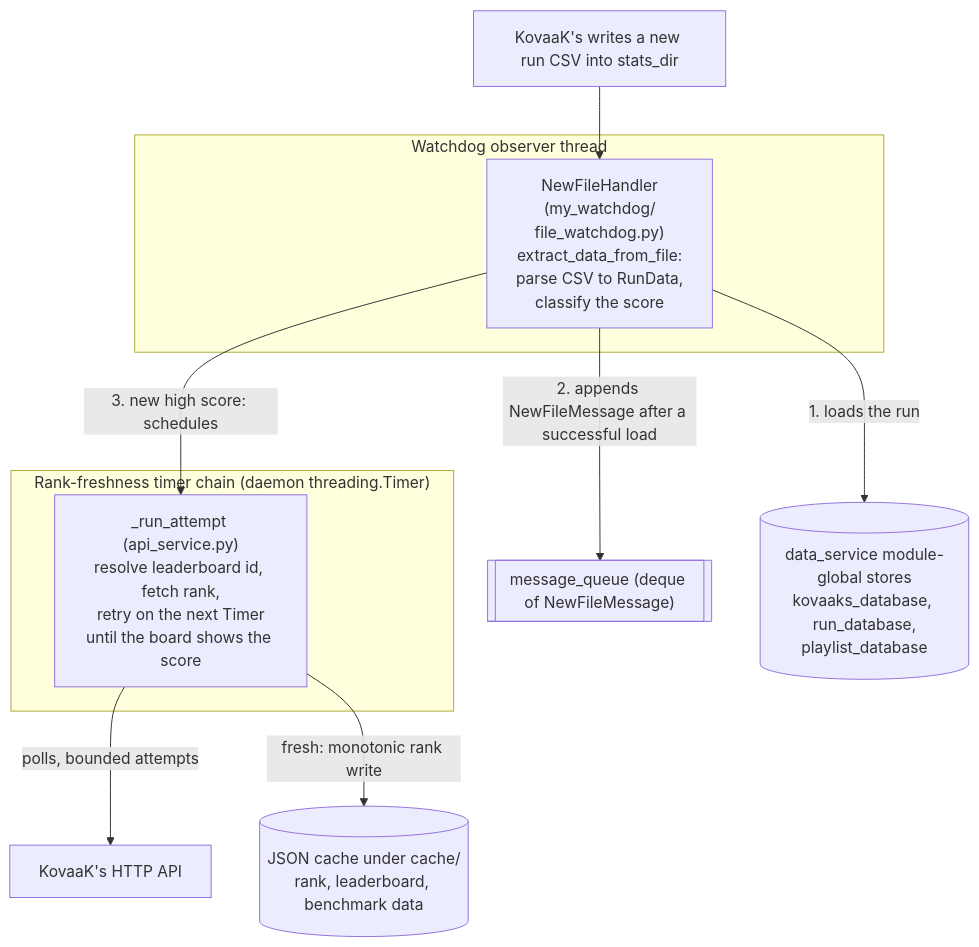
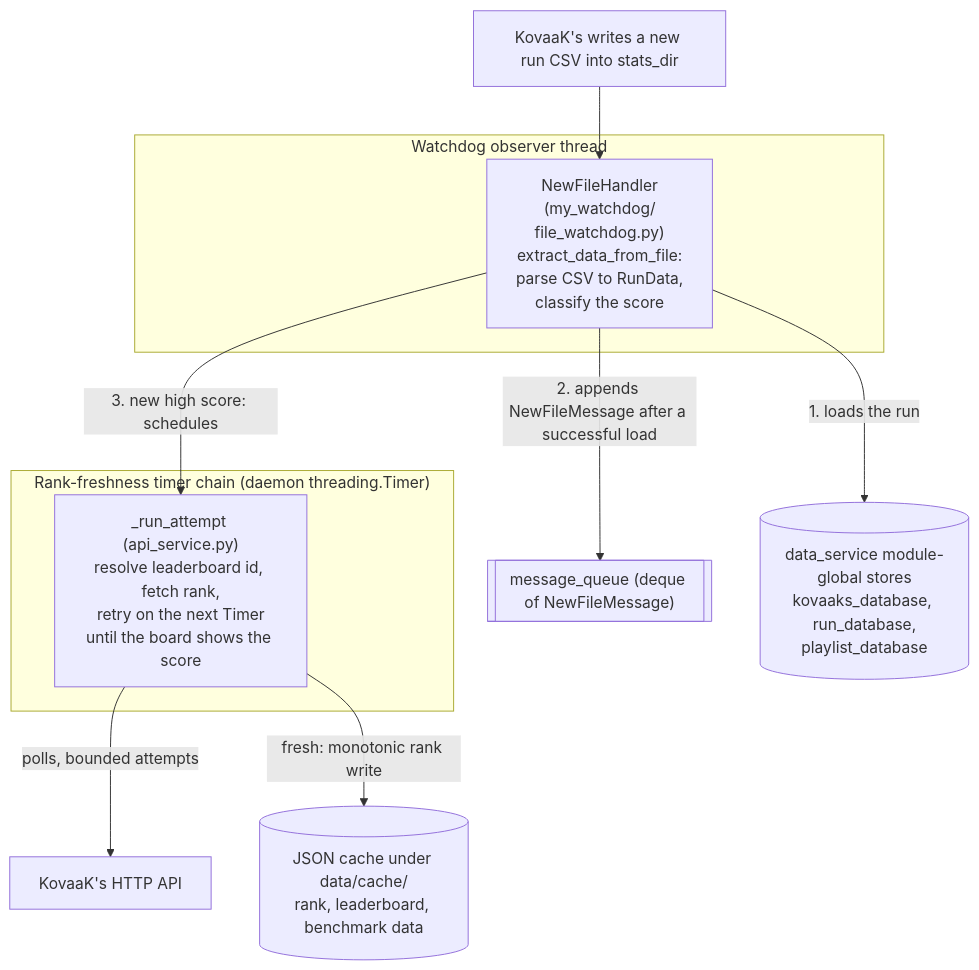
The first of 3 diagrams in docs/architecture.md (MingoDynasty/Corporate-Serf-Dashboard), drawn with Mermaid before and after one commit. The commit also changed other lines of this file and 5 other files, not shown here.

First line of the commit message:
feat: move the API cache under data/cache/

````diff
--- a/docs/architecture.md
+++ b/docs/architecture.md
@@ -35,24 +35,24 @@
 ```mermaid
 flowchart TD
     Game["KovaaK's writes a new run CSV into stats_dir"]
 
     subgraph Watchdog["Watchdog observer thread"]
         Handler["NewFileHandler<br/>(my_watchdog/<br/>file_watchdog.py)<br/>extract_data_from_file:<br/>parse CSV to RunData,<br/>classify the score"]
     end
 
     subgraph Timers["Rank-freshness timer chain (daemon threading.Timer)"]
         Attempt["_run_attempt (api_service.py)<br/>resolve leaderboard id, fetch rank,<br/>retry on the next Timer<br/>until the board shows the score"]
     end
 
     Queue[["message_queue (deque of NewFileMessage)"]]
     Stores[("data_service module-global stores<br/>kovaaks_database, run_database,<br/>playlist_database")]
-    Cache[("JSON cache under cache/<br/>rank, leaderboard, benchmark data")]
+    Cache[("JSON cache under data/cache/<br/>rank, leaderboard, benchmark data")]
     API["KovaaK's HTTP API"]
 
     Game --> Handler
     Handler -->|"1. loads the run"| Stores
     Handler -->|"2. appends NewFileMessage after a successful load"| Queue
     Handler -->|"3. new high score: schedules"| Attempt
     Attempt -->|"polls, bounded attempts"| API
     Attempt -->|"fresh: monotonic rank write"| Cache
 ```
````
